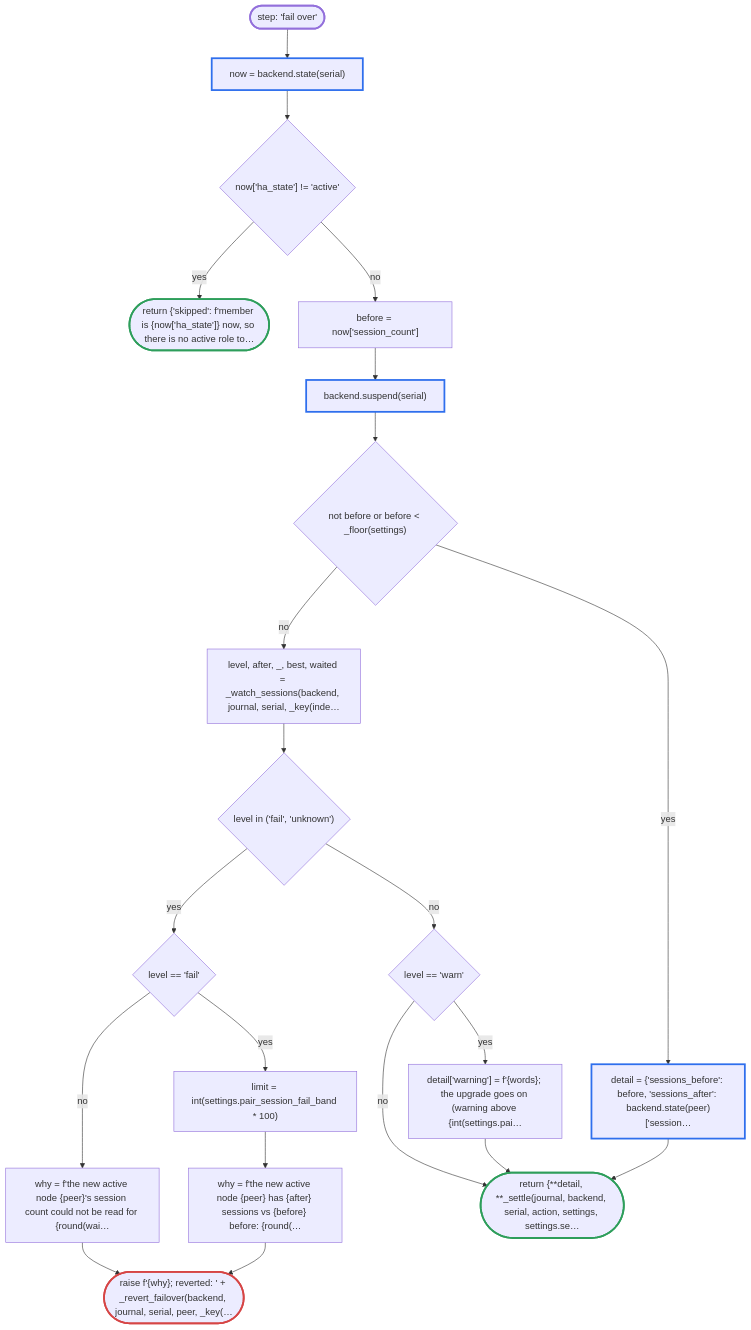
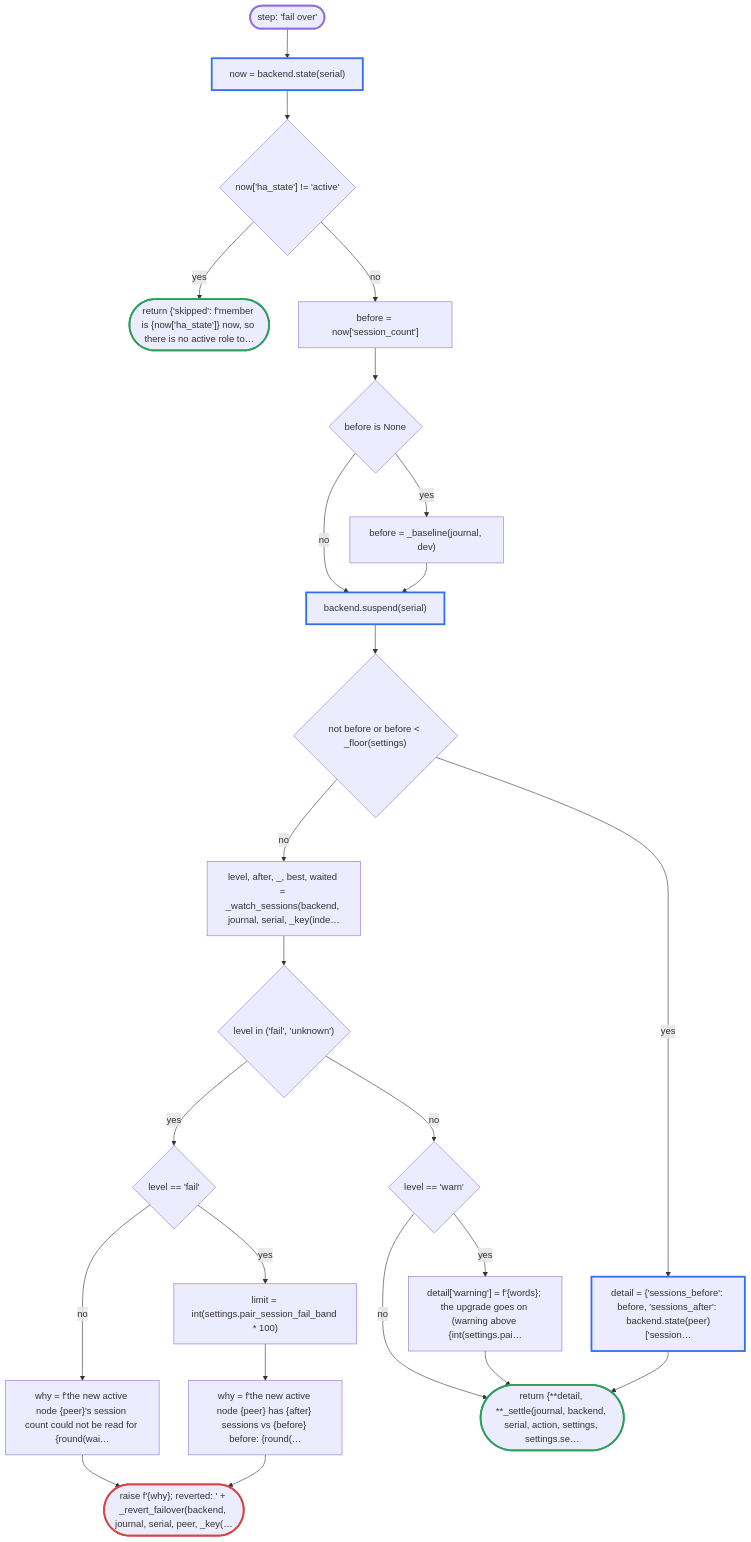
One commit to fettigcj/panUpgrade changed diagram 11 of 22 in docs/flow/upgrade.md. Above: the diagram before and after it, drawn with Mermaid. The commit also changed other lines of this file and 3 other files, not shown here.

Commit message:
Do not take an unreadable session count as zero at the fail-over or in a group baseline

````diff
--- a/docs/flow/upgrade.md
+++ b/docs/flow/upgrade.md
@@ -417,53 +417,58 @@
 ```mermaid
 flowchart TD
     d5_1(["step: 'fail over'"])
     d5_2["now = backend.state(serial)"]
     d5_3{"now['ha_state'] != 'active'"}
     d5_4(["return {'skipped': f'member is {now['ha_state']} now, so there is no active role to…"])
     d5_5["before = now['session_count']"]
-    d5_6["backend.suspend(serial)"]
-    d5_7{"not before or before &lt; _floor(settings)"}
-    d5_8["detail = {'sessions_before': before, 'sessions_after': backend.state(peer)['session…"]
-    d5_9["level, after, _, best, waited = _watch_sessions(backend, journal, serial, _key(inde…"]
-    d5_10{"level in ('fail', 'unknown')"}
-    d5_11{"level == 'fail'"}
-    d5_12["limit = int(settings.pair_session_fail_band * 100)"]
-    d5_13["why = f'the new active node {peer} has {after} sessions vs {before} before: {round(…"]
-    d5_14["why = f'the new active node {peer}'s session count could not be read for {round(wai…"]
-    d5_15(["raise f'{why}; reverted: ' + _revert_failover(backend, journal, serial, peer, _key(…"])
-    d5_16{"level == 'warn'"}
-    d5_17["detail['warning'] = f'{words}; the upgrade goes on (warning above {int(settings.pai…"]
-    d5_18(["return {**detail, **_settle(journal, backend, serial, action, settings, settings.se…"])
+    d5_6{"before is None"}
+    d5_7["before = _baseline(journal, dev)"]
+    d5_8["backend.suspend(serial)"]
+    d5_9{"not before or before &lt; _floor(settings)"}
+    d5_10["detail = {'sessions_before': before, 'sessions_after': backend.state(peer)['session…"]
+    d5_11["level, after, _, best, waited = _watch_sessions(backend, journal, serial, _key(inde…"]
+    d5_12{"level in ('fail', 'unknown')"}
+    d5_13{"level == 'fail'"}
+    d5_14["limit = int(settings.pair_session_fail_band * 100)"]
+    d5_15["why = f'the new active node {peer} has {after} sessions vs {before} before: {round(…"]
+    d5_16["why = f'the new active node {peer}'s session count could not be read for {round(wai…"]
+    d5_17(["raise f'{why}; reverted: ' + _revert_failover(backend, journal, serial, peer, _key(…"])
+    d5_18{"level == 'warn'"}
+    d5_19["detail['warning'] = f'{words}; the upgrade goes on (warning above {int(settings.pai…"]
+    d5_20(["return {**detail, **_settle(journal, backend, serial, action, settings, settings.se…"])
     d5_1 --> d5_2
     d5_2 --> d5_3
     d5_3 -->|yes| d5_4
     d5_3 -->|no| d5_5
     d5_5 --> d5_6
-    d5_6 --> d5_7
-    d5_7 -->|yes| d5_8
-    d5_7 -->|no| d5_9
-    d5_9 --> d5_10
-    d5_10 -->|yes| d5_11
-    d5_11 -->|yes| d5_12
-    d5_12 --> d5_13
-    d5_11 -->|no| d5_14
-    d5_13 --> d5_15
+    d5_6 -->|yes| d5_7
+    d5_7 --> d5_8
+    d5_6 -->|no| d5_8
+    d5_8 --> d5_9
+    d5_9 -->|yes| d5_10
+    d5_9 -->|no| d5_11
+    d5_11 --> d5_12
+    d5_12 -->|yes| d5_13
+    d5_13 -->|yes| d5_14
     d5_14 --> d5_15
-    d5_10 -->|no| d5_16
-    d5_16 -->|yes| d5_17
-    d5_8 --> d5_18
-    d5_17 --> d5_18
-    d5_16 -->|no| d5_18
+    d5_13 -->|no| d5_16
+    d5_15 --> d5_17
+    d5_16 --> d5_17
+    d5_12 -->|no| d5_18
+    d5_18 -->|yes| d5_19
+    d5_10 --> d5_20
+    d5_19 --> d5_20
+    d5_18 -->|no| d5_20
     classDef api stroke:#2f6fed,stroke-width:3px
     classDef refuse stroke:#d64545,stroke-width:3px
     classDef done stroke:#2e9e5b,stroke-width:3px
     classDef step stroke:#e0a020,stroke-width:3px
     classDef entry stroke-width:3px
     class d5_1 entry
     class d5_2 api
     class d5_4 done
-    class d5_6 api
     class d5_8 api
-    class d5_15 refuse
-    class d5_18 done
+    class d5_10 api
+    class d5_17 refuse
+    class d5_20 done
 ```
````
